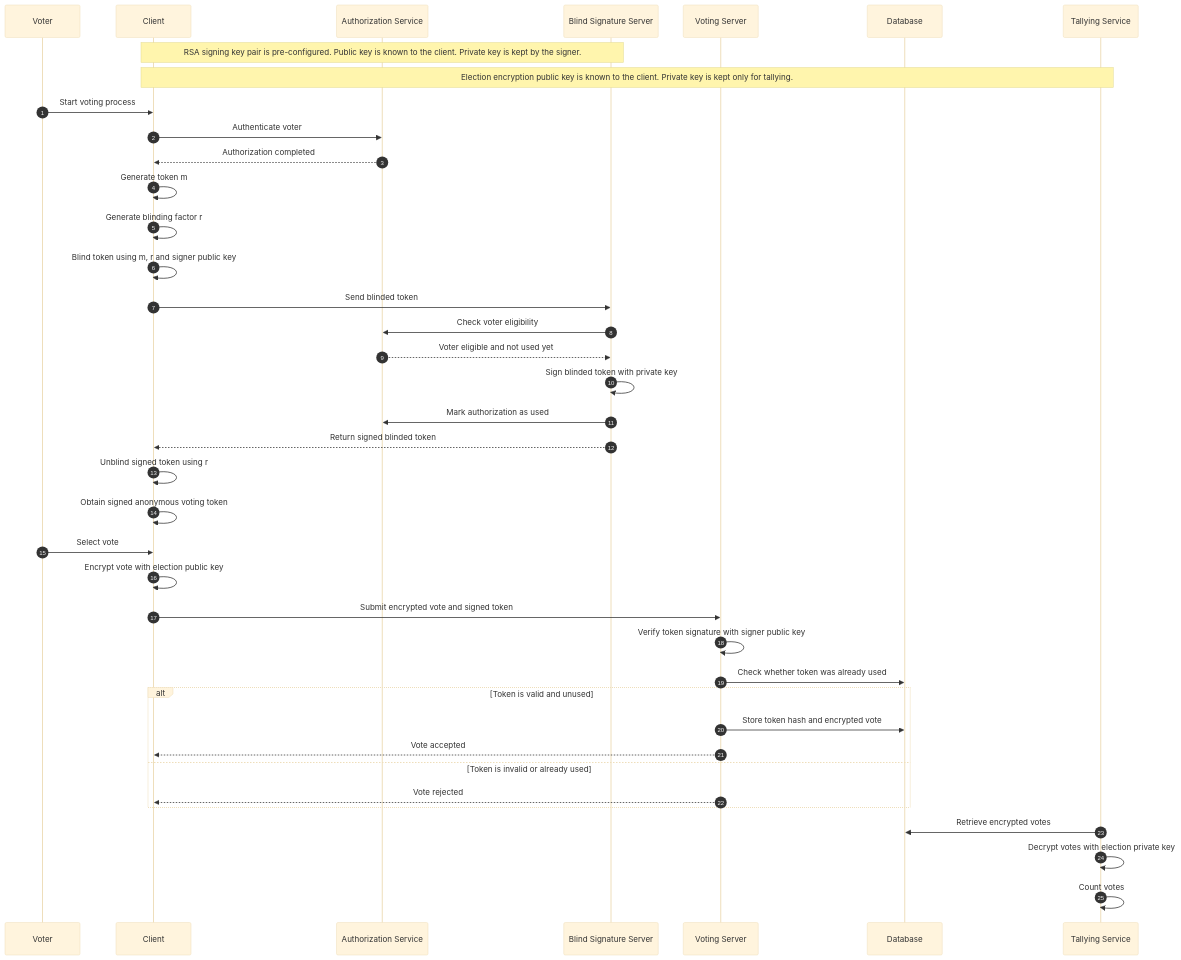
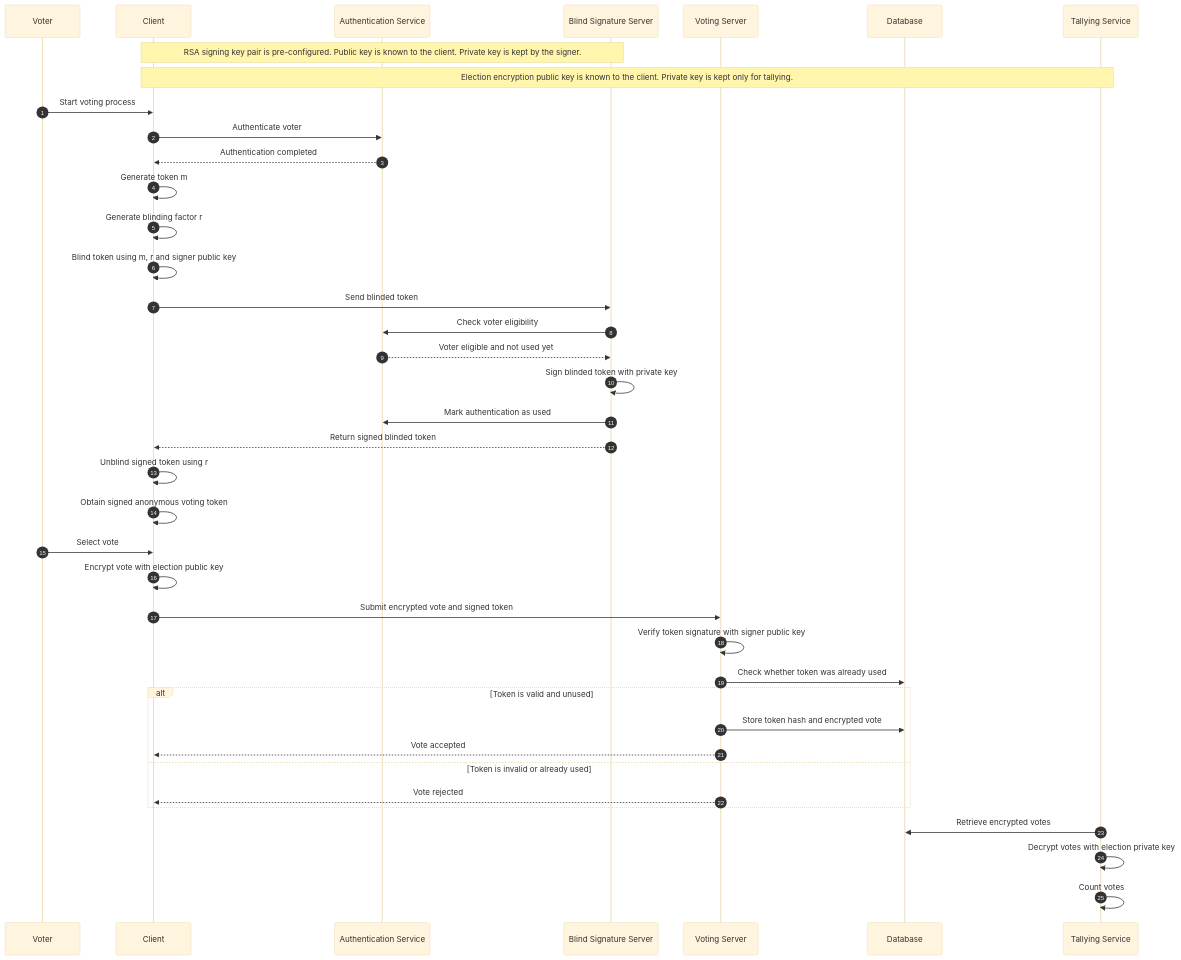
The diagram in sequences/authentication.md (Solvro/docs-glosownik), drawn with Mermaid (base theme) before and after one commit.

Commit message:
fix: change authorization to authentication

````diff
--- a/sequences/authentication.md
+++ b/sequences/authentication.md
@@ -3,52 +3,52 @@
 ```mermaid
     sequenceDiagram
         autonumber
 
         participant Voter
         participant Client
-        participant Auth as Authorization Service
+        participant Auth as Authentication Service
         participant Signer as Blind Signature Server
         participant VoteServer as Voting Server
         participant Database
         participant Tally as Tallying Service
 
         Note over Client,Signer: RSA signing key pair is pre-configured. Public key is known to the client. Private key is kept by the signer.
         Note over Client,Tally: Election encryption public key is known to the client. Private key is kept only for tallying.
 
         Voter->>Client: Start voting process
         Client->>Auth: Authenticate voter
-        Auth-->>Client: Authorization completed
+        Auth-->>Client: Authentication completed
 
         Client->>Client: Generate token m
         Client->>Client: Generate blinding factor r
         Client->>Client: Blind token using m, r and signer public key
 
         Client->>Signer: Send blinded token
         Signer->>Auth: Check voter eligibility
         Auth-->>Signer: Voter eligible and not used yet
 
         Signer->>Signer: Sign blinded token with private key
-        Signer->>Auth: Mark authorization as used
+        Signer->>Auth: Mark authentication as used
         Signer-->>Client: Return signed blinded token
 
         Client->>Client: Unblind signed token using r
         Client->>Client: Obtain signed anonymous voting token
 
         Voter->>Client: Select vote
         Client->>Client: Encrypt vote with election public key
 
         Client->>VoteServer: Submit encrypted vote and signed token
         VoteServer->>VoteServer: Verify token signature with signer public key
         VoteServer->>Database: Check whether token was already used
 
         alt Token is valid and unused
             VoteServer->>Database: Store token hash and encrypted vote
             VoteServer-->>Client: Vote accepted
         else Token is invalid or already used
             VoteServer-->>Client: Vote rejected
         end
 
         Tally->>Database: Retrieve encrypted votes
         Tally->>Tally: Decrypt votes with election private key
         Tally->>Tally: Count votes
 ```
````
